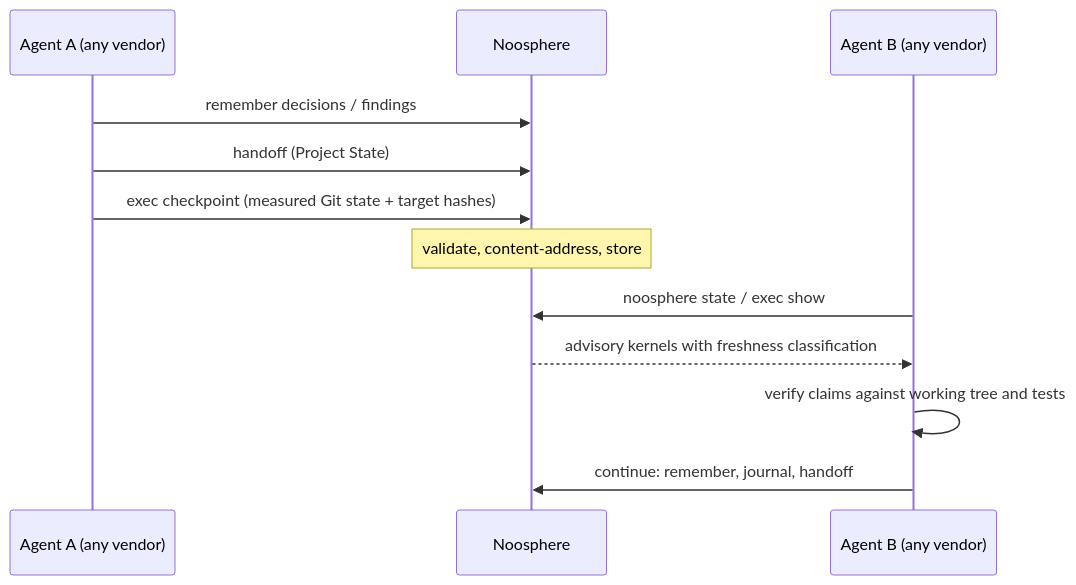
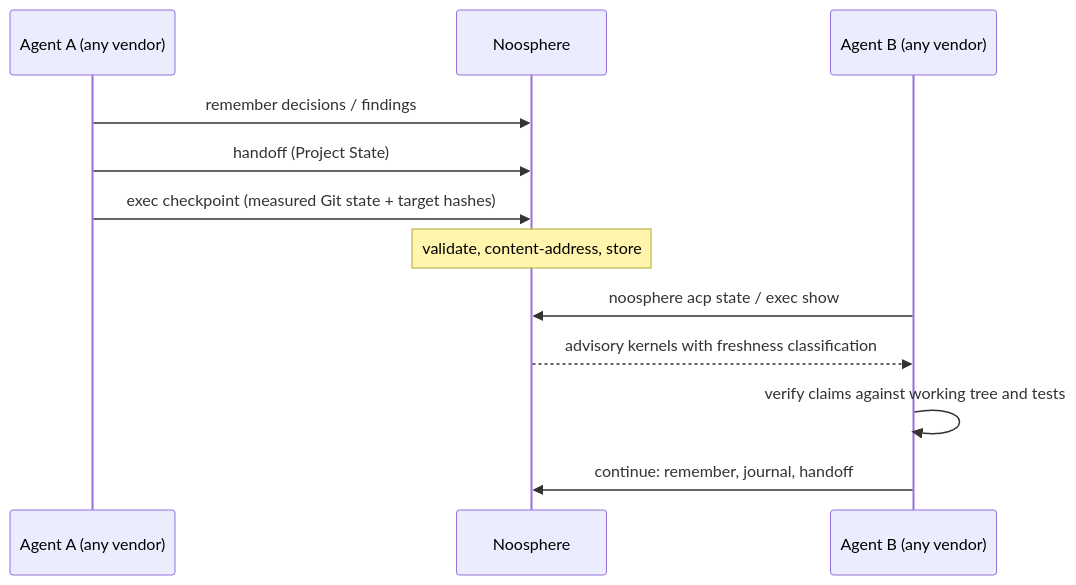
One commit to papmilan/noosphere changed the second of 2 diagrams in README.md. Above: the diagram before and after it, drawn with Mermaid. The commit also changed other lines of this file and 33 other files, not shown here.

````diff
--- a/README.md
+++ b/README.md
@@ -235,15 +261,15 @@
 ```mermaid
 sequenceDiagram
     participant A as Agent A (any vendor)
     participant N as Noosphere
     participant B as Agent B (any vendor)
 
     A->>N: remember decisions / findings
     A->>N: handoff (Project State)
     A->>N: exec checkpoint (measured Git state + target hashes)
     Note over N: validate, content-address, store
-    B->>N: noosphere state / exec show
+    B->>N: noosphere acp state / exec show
     N-->>B: advisory kernels with freshness classification
     B->>B: verify claims against working tree and tests
     B->>N: continue: remember, journal, handoff
 ```
````
